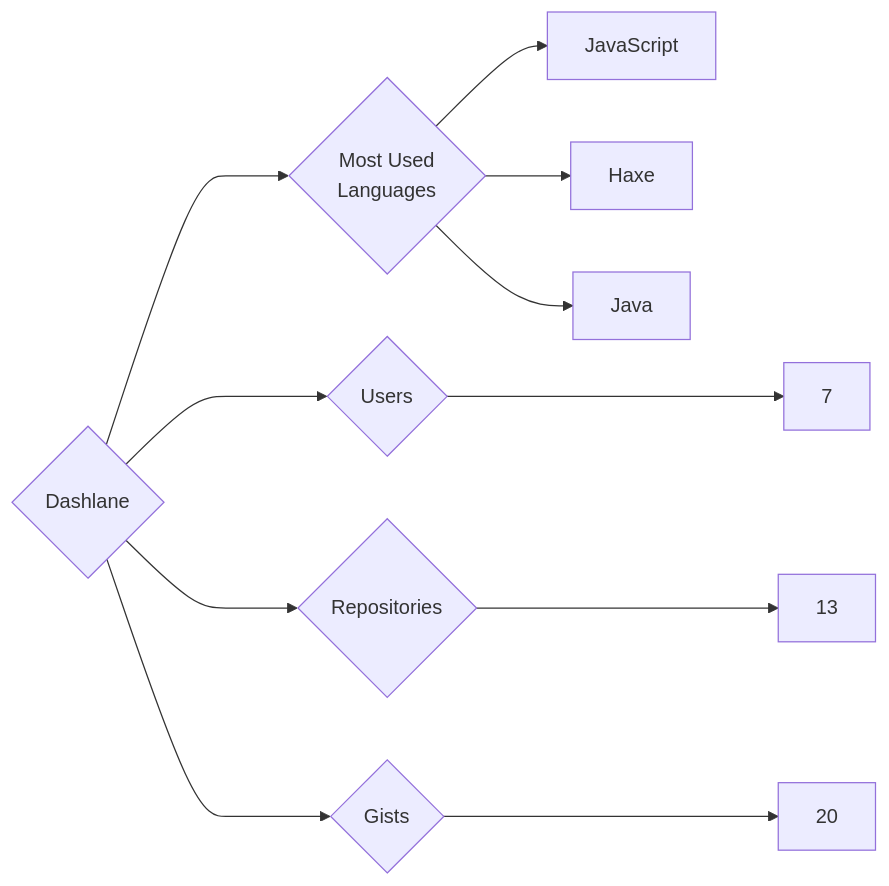
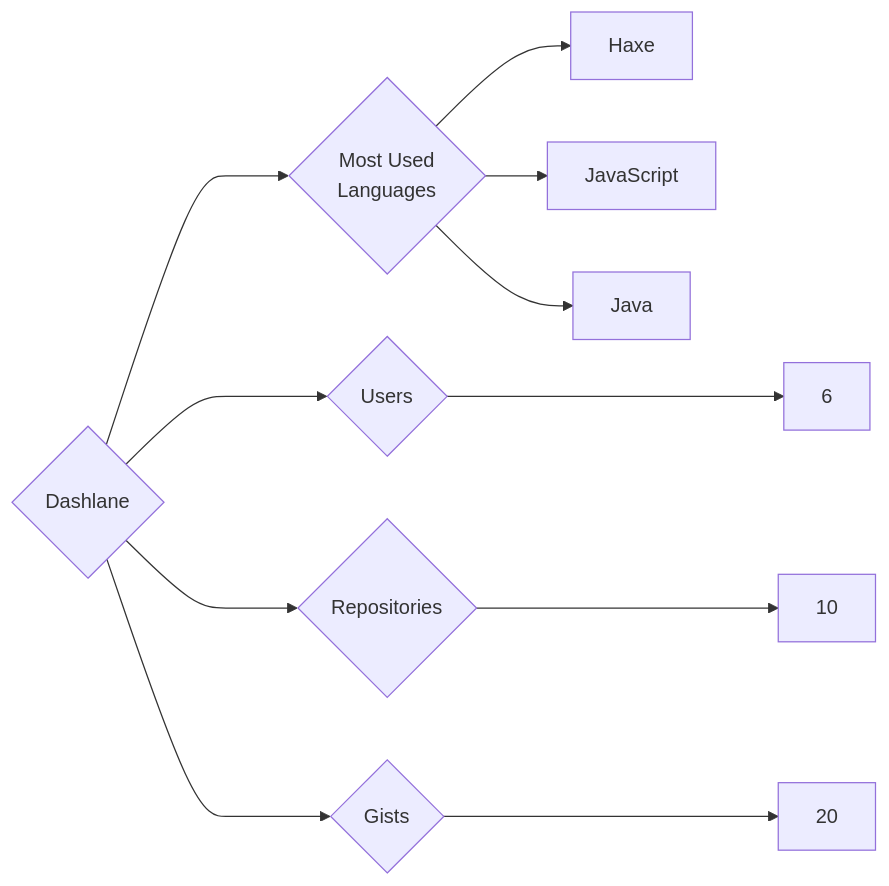
The diagram in targets/Dashlane/README.md (trickest/insiders), drawn with Mermaid before and after one commit. The commit also changed 815 other files, not shown here.

````diff
--- a/targets/Dashlane/README.md
+++ b/targets/Dashlane/README.md
@@ -3,11 +3,11 @@
 ```mermaid
 graph LR
 COMPANY_NAME{Dashlane}
-COMPANY_NAME ---> U{Users} ---> UN[7]
-COMPANY_NAME ---> R{Repositories} ---> RN[13]
+COMPANY_NAME ---> U{Users} ---> UN[6]
+COMPANY_NAME ---> R{Repositories} ---> RN[10]
 COMPANY_NAME ---> G{Gists} ---> GN[20]
 COMPANY_NAME ---> ML{Most Used<br>Languages}
+ML --> Haxe[Haxe]
 ML --> JavaScript[JavaScript]
-ML --> Haxe[Haxe]
 ML --> Java[Java]
 ```
````
